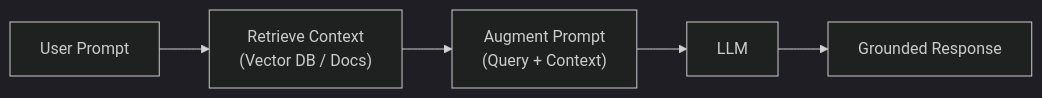
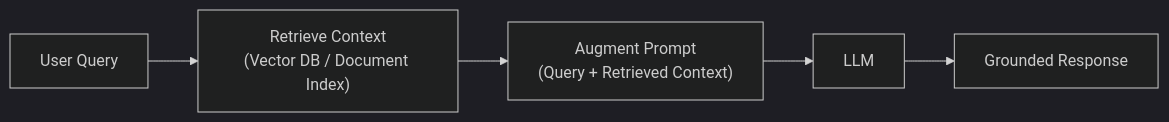
One commit to Bouvet-deler/agent-patterns changed the third of 9 diagrams in README.md. Above: the diagram before and after it, drawn with Mermaid (dark theme). The commit also changed other lines of this file, not shown here.

````diff
--- a/README.md
+++ b/README.md
@@ -24,4 +60,7 @@
 ```mermaid
 flowchart LR
-    User["User Prompt"] --> Retrieve["Retrieve Context<br/>(Vector DB / Docs)"] --> Augment["Augment Prompt<br/>(Query + Context)"] --> LLM["LLM"] --> Response["Grounded Response"]
+    Query["User Query"] --> Search["Retrieve Context<br/>(Vector DB / Document Index)"]
+    Search --> Augment["Augment Prompt<br/>(Query + Retrieved Context)"]
+    Augment --> LLM["LLM"]
+    LLM --> Response["Grounded Response"]
 ```
````
